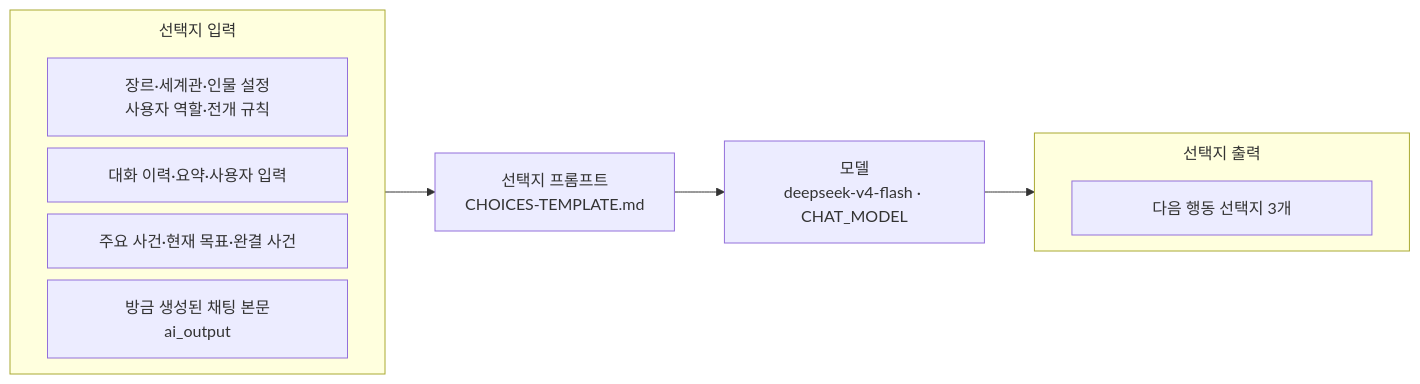
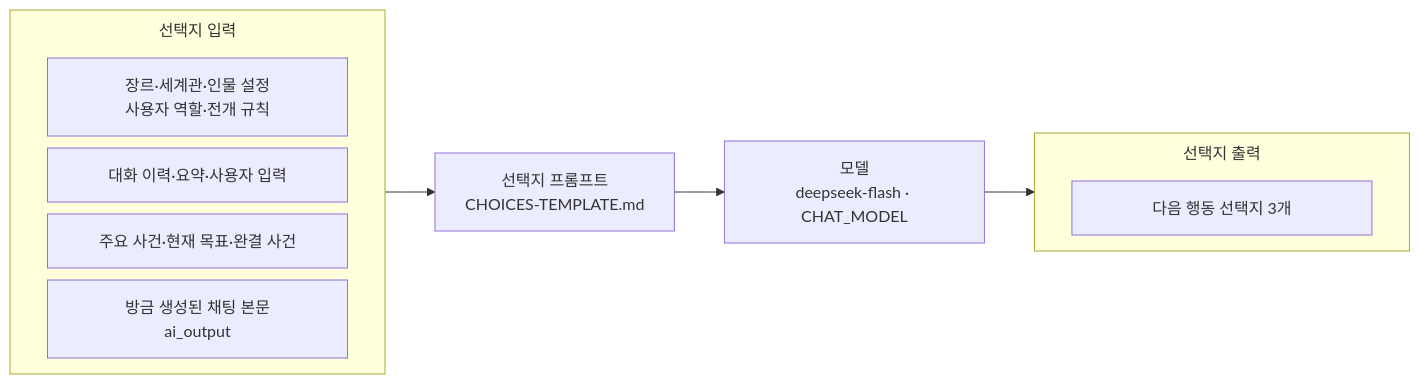
Diagram 12 of 18 in docs/spec/5-ai-server-spec.md (KIM-N-KANG/knk-harness), drawn with Mermaid before and after one commit. The commit also changed other lines of this file and 2 other files, not shown here.

````diff
--- a/docs/spec/5-ai-server-spec.md
+++ b/docs/spec/5-ai-server-spec.md
@@ -414,20 +414,20 @@
 ```mermaid
 %%{init: {"flowchart": {"nodeSpacing": 12, "subGraphTitleMargin": {"top": 8, "bottom": 24}}}}%%
 flowchart LR
     subgraph C["선택지 입력"]
         direction LR
         C_item1["<div style='width:240px;text-align:center;'><span>장르·세계관·인물 설정<br/>사용자 역할·전개 규칙</span></div>"]
         C_item2["<div style='width:240px;text-align:center;'><span>대화 이력·요약·사용자 입력</span></div>"]
         C_item3["<div style='width:240px;text-align:center;'><span>주요 사건·현재 목표·완결 사건</span></div>"]
         C_item4["<div style='width:240px;text-align:center;'><span>방금 생성된 채팅 본문<br/>ai_output</span></div>"]
     end
     CP["선택지 프롬프트<br/>CHOICES-TEMPLATE.md"]
-    CM["모델<br/>deepseek-v4-flash · CHAT_MODEL"]
+    CM["모델<br/>deepseek-flash · CHAT_MODEL"]
     subgraph CO["선택지 출력"]
         direction LR
         CO_item1["<div style='width:240px;text-align:center;'><span>다음 행동 선택지 3개</span></div>"]
     end
     C --> CP
     CP --> CM
     CM --> CO
 ```
````
